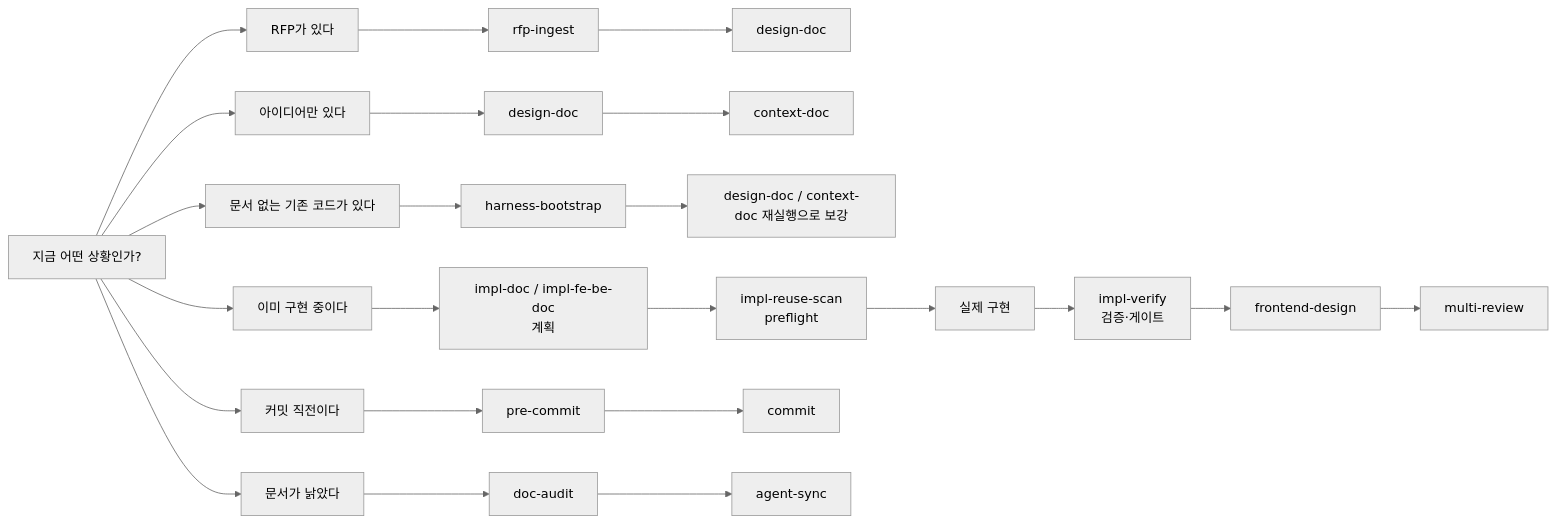
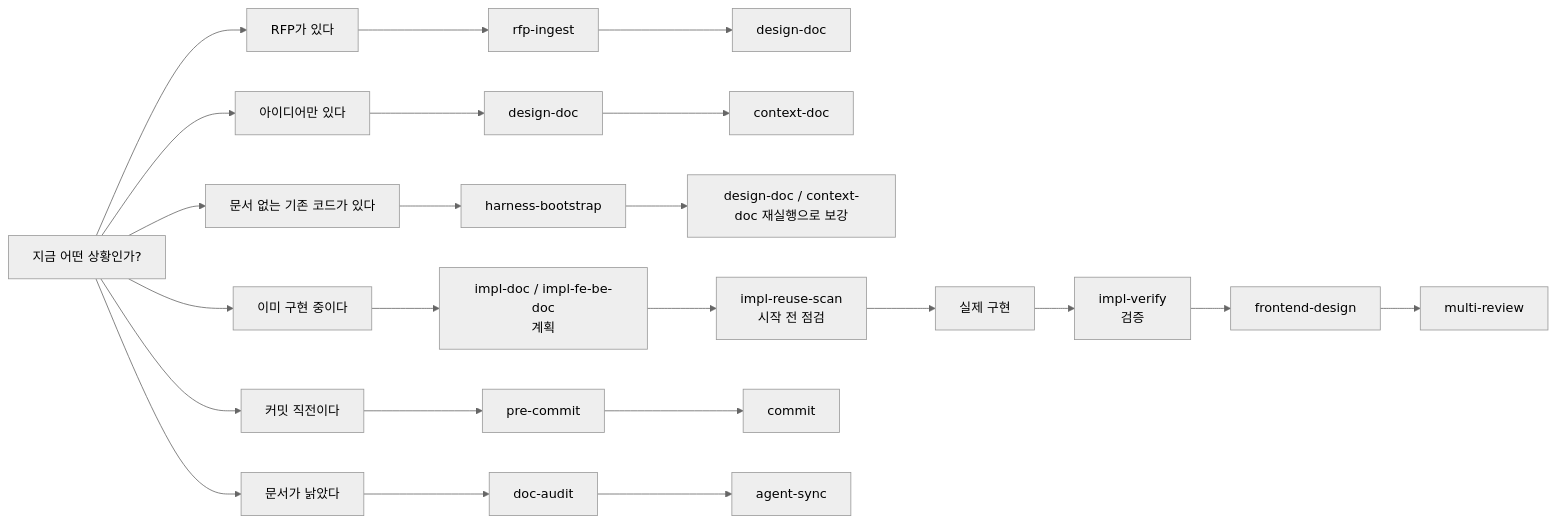
Before and after one commit to hb9397/AI_Agent_docs: the fourth of 7 diagrams in Docs/Harness_Engineering_Intro.md, drawn with Mermaid (neutral theme). The commit also changed other lines of this file and 3 other files, not shown here.

````diff
--- a/Docs/Harness_Engineering_Intro.md
+++ b/Docs/Harness_Engineering_Intro.md
@@ -196,31 +196,31 @@
 ```mermaid
 flowchart LR
     A["지금 어떤 상황인가?"] --> B["RFP가 있다"]
     A --> C["아이디어만 있다"]
     A --> G["문서 없는 기존 코드가 있다"]
     A --> D["이미 구현 중이다"]
     A --> E["커밋 직전이다"]
     A --> F["문서가 낡았다"]
 
     B --> B1["rfp-ingest"]
     B1 --> B2["design-doc"]
 
     C --> C1["design-doc"]
     C1 --> C2["context-doc"]
 
     G --> G1["harness-bootstrap"]
     G1 --> G2["design-doc / context-doc 재실행으로 보강"]
 
     D --> D1["impl-doc / impl-fe-be-doc<br/>계획"]
-    D1 --> D1a["impl-reuse-scan<br/>preflight"]
+    D1 --> D1a["impl-reuse-scan<br/>시작 전 점검"]
     D1a --> D1b["실제 구현"]
-    D1b --> D1c["impl-verify<br/>검증·게이트"]
+    D1b --> D1c["impl-verify<br/>검증"]
     D1c --> D2["frontend-design"]
     D2 --> D3["multi-review"]
 
     E --> E1["pre-commit"]
     E1 --> E2["commit"]
 
     F --> F1["doc-audit"]
     F1 --> F2["agent-sync"]
 ```
````
